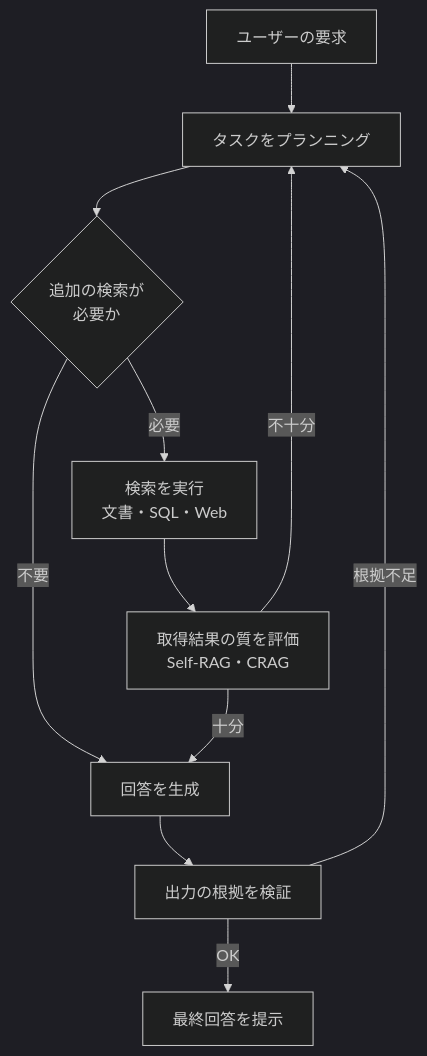
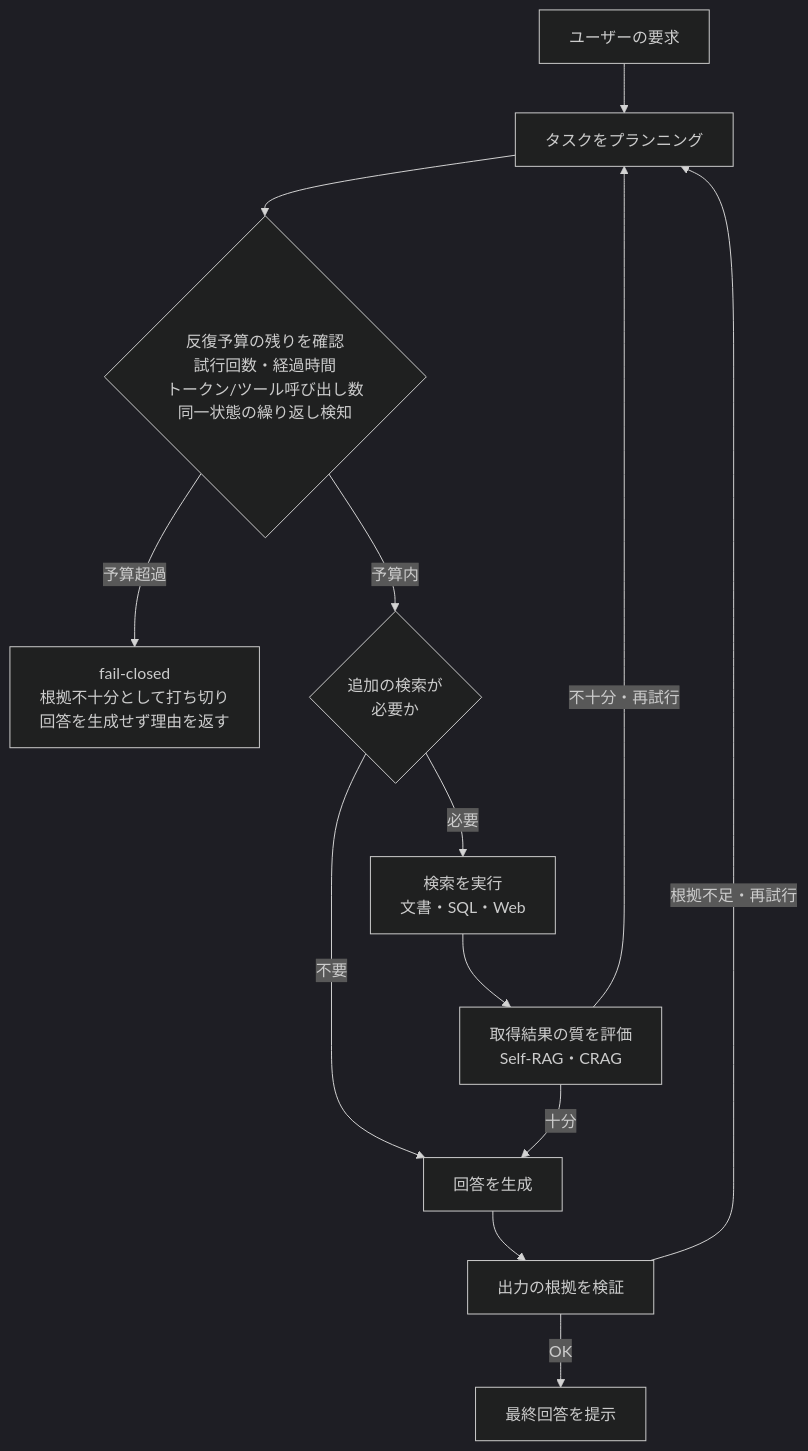
One commit to myoshi2891/Comparison-of-LLMs changed the fifth of 6 diagrams in Enterprise-rag-guide.md. Above: the diagram before and after it, drawn with Mermaid (dark theme). The commit also changed other lines of this file and 1 other file, not shown here.

````diff
--- a/Enterprise-rag-guide.md
+++ b/Enterprise-rag-guide.md
@@ -268,13 +269,15 @@
 ```mermaid
 flowchart TD
     U[ユーザーの要求] --> P[タスクをプランニング]
-    P --> D{追加の検索が<br/>必要か}
+    P --> B{"反復予算の残りを確認<br/>試行回数・経過時間<br/>トークン/ツール呼び出し数<br/>同一状態の繰り返し検知"}
+    B -->|予算超過| FC[fail-closed<br/>根拠不十分として打ち切り<br/>回答を生成せず理由を返す]
+    B -->|予算内| D{追加の検索が<br/>必要か}
     D -->|必要| R[検索を実行<br/>文書・SQL・Web]
     D -->|不要| G[回答を生成]
     R --> EV[取得結果の質を評価<br/>Self-RAG・CRAG]
-    EV -->|不十分| P
+    EV -->|不十分・再試行| P
     EV -->|十分| G
     G --> V[出力の根拠を検証]
-    V -->|根拠不足| P
+    V -->|根拠不足・再試行| P
     V -->|OK| ANS[最終回答を提示]
 ```
````
